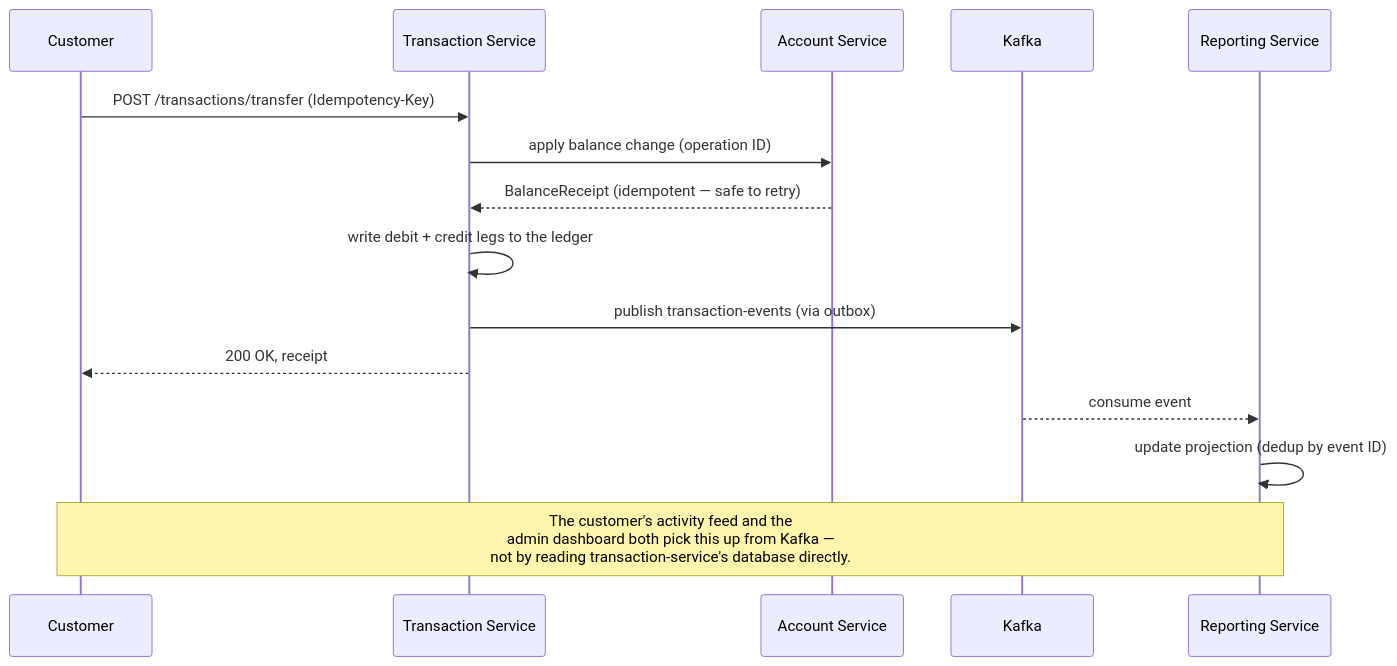
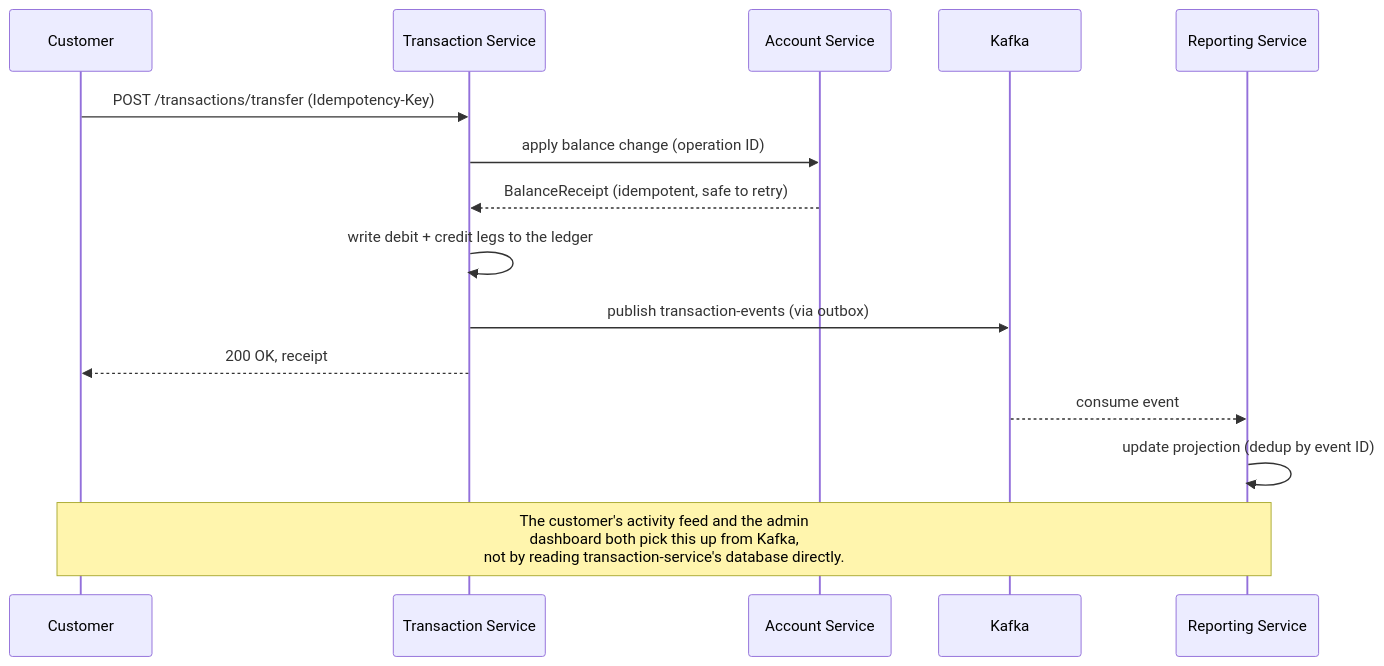
One commit to Abdelkrim7Be/E-Bank changed the third of 3 diagrams in README.md. Above: the diagram before and after it, drawn with Mermaid. The commit also changed other lines of this file and 13 other files, not shown here.

````diff
--- a/README.md
+++ b/README.md
@@ -232,18 +202,18 @@
 ```mermaid
 sequenceDiagram
     participant U as Customer
     participant TS as Transaction Service
     participant AS as Account Service
     participant KF as Kafka
     participant RS as Reporting Service
 
     U->>TS: POST /transactions/transfer (Idempotency-Key)
     TS->>AS: apply balance change (operation ID)
-    AS-->>TS: BalanceReceipt (idempotent — safe to retry)
+    AS-->>TS: BalanceReceipt (idempotent, safe to retry)
     TS->>TS: write debit + credit legs to the ledger
     TS->>KF: publish transaction-events (via outbox)
     TS-->>U: 200 OK, receipt
     KF-->>RS: consume event
     RS->>RS: update projection (dedup by event ID)
-    Note over U,RS: The customer's activity feed and the<br/>admin dashboard both pick this up from Kafka —<br/>not by reading transaction-service's database directly.
+    Note over U,RS: The customer's activity feed and the admin<br/>dashboard both pick this up from Kafka,<br/>not by reading transaction-service's database directly.
 ```
````
